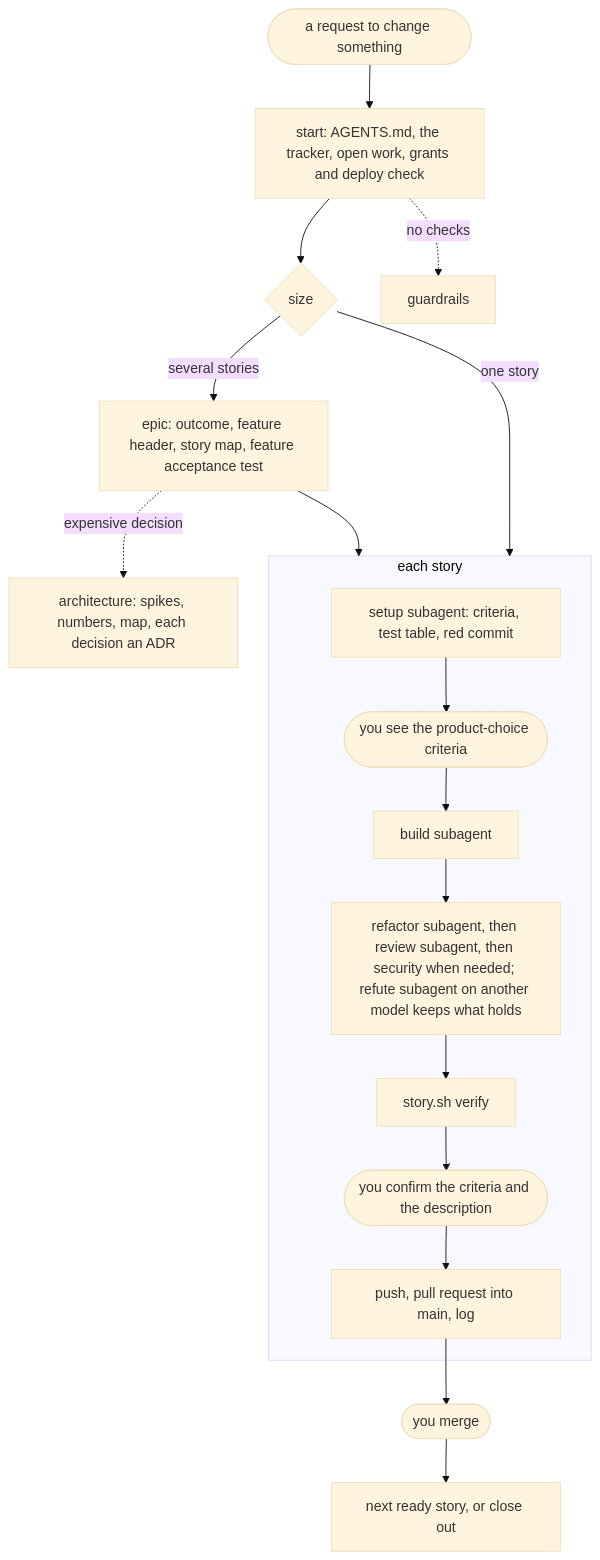
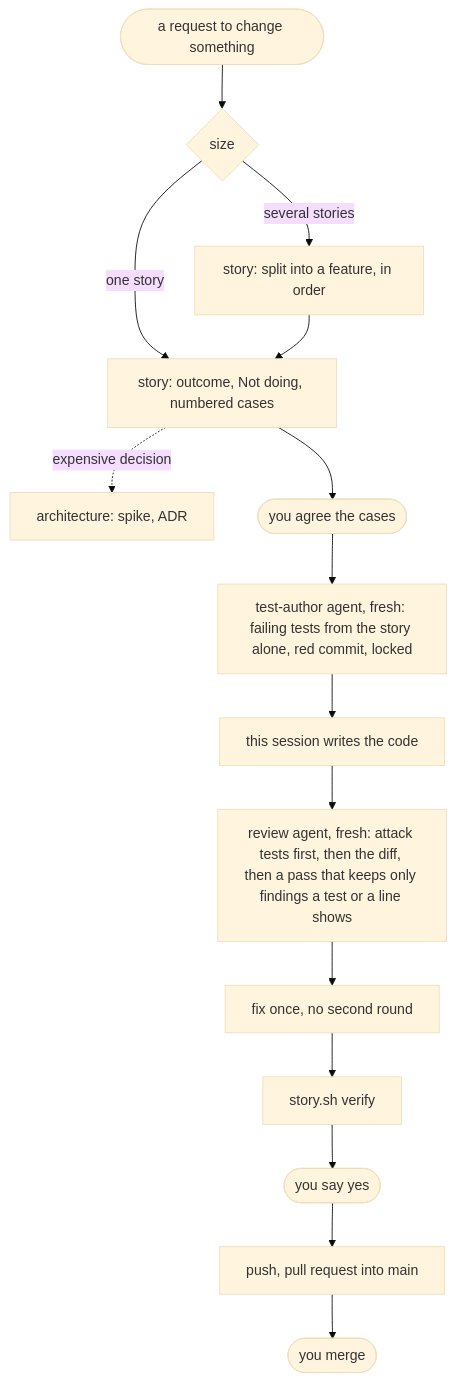
One commit to DaveBben/skills changed the diagram in plugins/SDLC/README.md. Above: the diagram before and after it, drawn with Mermaid (base theme). The commit also changed other lines of this file and 106 other files, not shown here.

````diff
--- a/plugins/SDLC/README.md
+++ b/plugins/SDLC/README.md
@@ -42,16 +19,16 @@
 ```mermaid
 flowchart TD
-    REQ([a request to change something]) --> ST[start: AGENTS.md, the tracker, open work, grants and deploy check]
-    ST --> SZ{size}
-    SZ -- several stories --> EP[epic: outcome, feature header, story map, feature acceptance test]
-    EP -. expensive decision .-> ARC[architecture: spikes, numbers, map, each decision an ADR]
-    EP --> STORY
-    SZ -- one story --> STORY
-
-    subgraph STORY [each story]
-      SET[setup subagent: criteria, test table, red commit] --> SHOW([you see the product-choice criteria]) --> BLD[build subagent] --> REV[refactor subagent, then review subagent, then security when needed; refute subagent on another model keeps what holds] --> VER[story.sh verify] --> OK([you confirm the criteria and the description]) --> PR[push, pull request into main, log]
-    end
-
-    PR --> MRG([you merge]) --> NEXT[next ready story, or close out]
-    ST -. no checks .-> G[guardrails]
+    REQ([a request to change something]) --> SZ{size}
+    SZ -- several stories --> SP[story: split into a feature, in order]
+    SZ -- one story --> ST[story: outcome, Not doing, numbered cases]
+    SP --> ST
+    ST -. expensive decision .-> ARC[architecture: spike, ADR]
+    ST --> GO([you agree the cases])
+    GO --> TA[test-author agent, fresh: failing tests from the story alone, red commit, locked]
+    TA --> BLD[this session writes the code]
+    BLD --> REV[review agent, fresh: attack tests first, then the diff, then a pass that keeps only findings a test or a line shows]
+    REV --> FIX[fix once, no second round]
+    FIX --> VER[story.sh verify]
+    VER --> OK([you say yes]) --> PR[push, pull request into main]
+    PR --> MRG([you merge])
 ```
````
